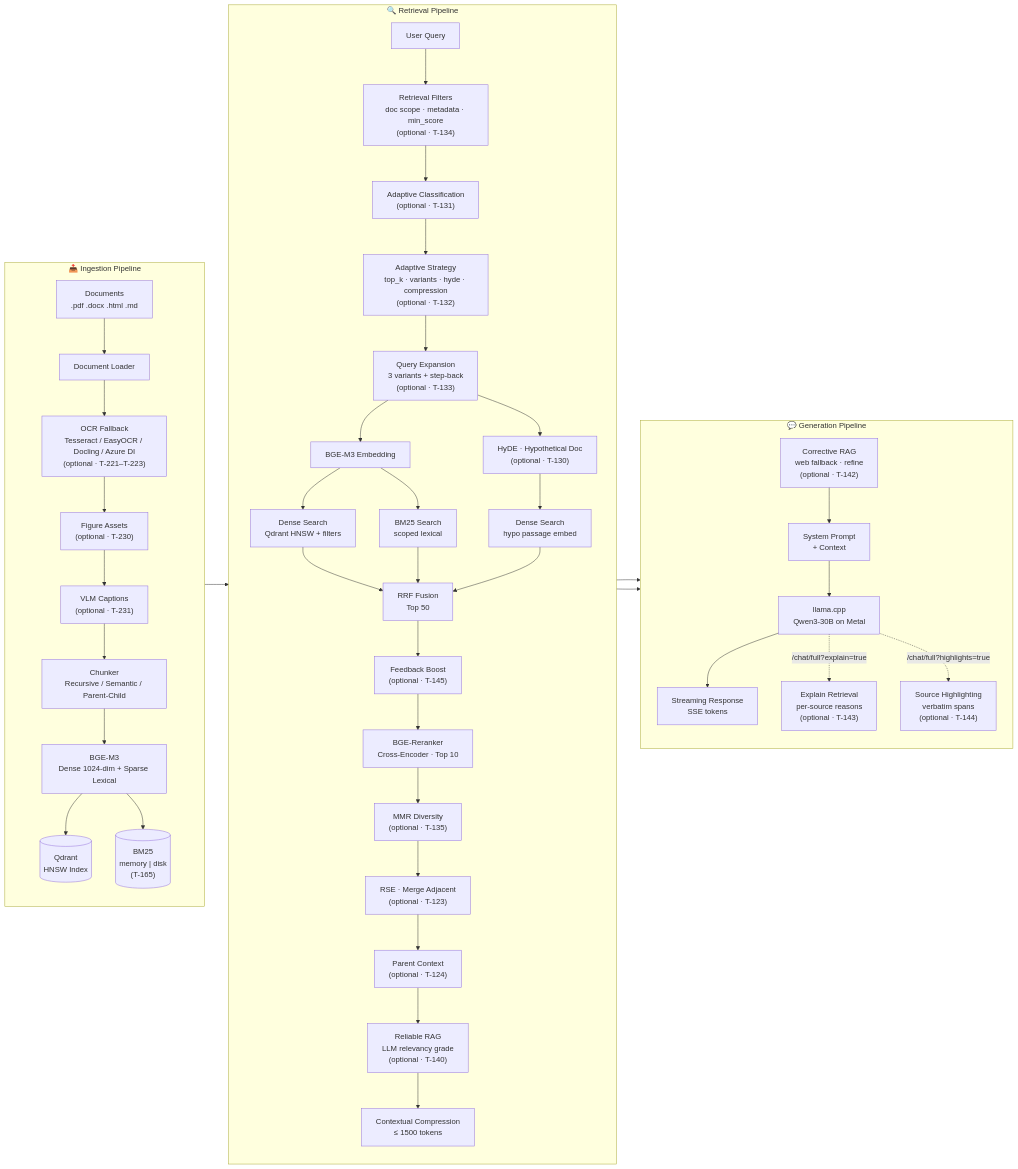
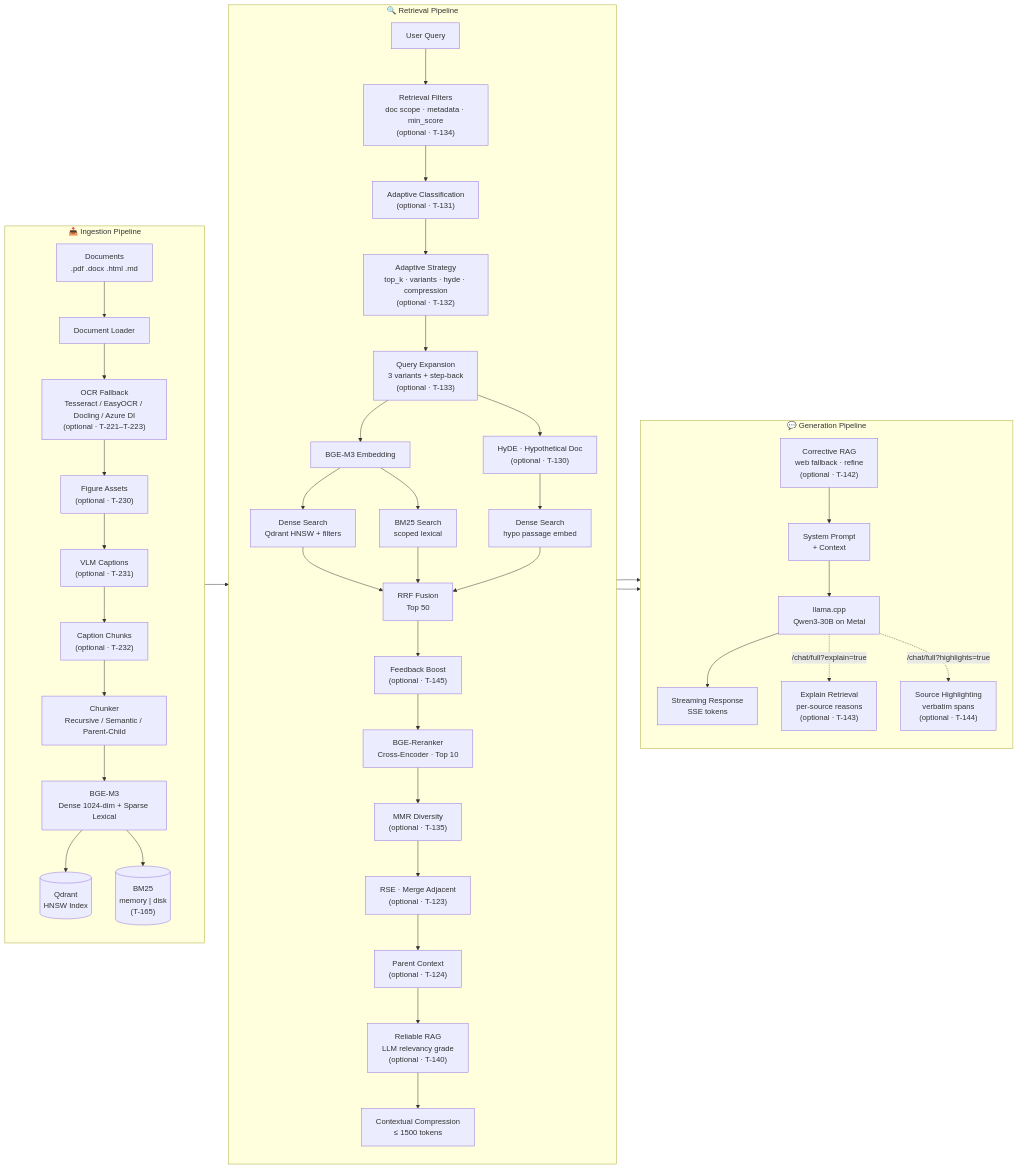
The first of 26 diagrams in README.md (ealbertoav/rag_platform), drawn with Mermaid before and after one commit. The commit also changed other lines of this file and 12 other files, not shown here.

````diff
--- a/README.md
+++ b/README.md
@@ -123,50 +126,51 @@
 ```mermaid
 flowchart LR
     subgraph INGEST["📥 Ingestion Pipeline"]
         direction TB
         D["Documents<br/>.pdf .docx .html .md"] --> L[Document Loader]
         L --> OCR["OCR Fallback<br/>Tesseract / EasyOCR / Docling / Azure DI<br/>(optional · T-221–T-223)"]
         OCR --> FIG["Figure Assets<br/>(optional · T-230)"]
         FIG --> CAP["VLM Captions<br/>(optional · T-231)"]
-        CAP --> C["Chunker<br/>Recursive / Semantic / Parent-Child"]
+        CAP --> CAPCHK["Caption Chunks<br/>(optional · T-232)"]
+        CAPCHK --> C["Chunker<br/>Recursive / Semantic / Parent-Child"]
         C --> E["BGE-M3<br/>Dense 1024-dim + Sparse Lexical"]
         E --> Q[("Qdrant<br/>HNSW Index")]
         E --> B[("BM25<br/>memory | disk<br/>(T-165)")]
     end
 
     subgraph RETRIEVE["🔍 Retrieval Pipeline"]
         direction TB
         QX["User Query"] --> FILT["Retrieval Filters<br/>doc scope · metadata · min_score<br/>(optional · T-134)"]
         FILT --> ADAPT["Adaptive Classification<br/>(optional · T-131)"]
         ADAPT --> STRAT["Adaptive Strategy<br/>top_k · variants · hyde · compression<br/>(optional · T-132)"]
         STRAT --> EXP["Query Expansion<br/>3 variants + step-back<br/>(optional · T-133)"]
         EXP --> EM[BGE-M3 Embedding]
         EXP --> HYDE["HyDE · Hypothetical Doc<br/>(optional · T-130)"]
         HYDE --> DS2["Dense Search<br/>hypo passage embed"]
         EM --> DS["Dense Search<br/>Qdrant HNSW + filters"]
         EM --> BS["BM25 Search<br/>scoped lexical"]
         DS --> RF["RRF Fusion<br/>Top 50"]
         DS2 --> RF
         BS --> RF
         RF --> FB["Feedback Boost<br/>(optional · T-145)"]
         FB --> RR["BGE-Reranker<br/>Cross-Encoder · Top 10"]
         RR --> DIV["MMR Diversity<br/>(optional · T-135)"]
         DIV --> RSE["RSE · Merge Adjacent<br/>(optional · T-123)"]
         RSE --> PC["Parent Context<br/>(optional · T-124)"]
         PC --> RRAG["Reliable RAG<br/>LLM relevancy grade<br/>(optional · T-140)"]
         RRAG --> CC["Contextual Compression<br/>≤ 1500 tokens"]
     end
 
     subgraph GENERATE["💬 Generation Pipeline"]
         direction TB
         CC --> CRAG["Corrective RAG<br/>web fallback · refine<br/>(optional · T-142)"]
         CRAG --> PR["System Prompt<br/>+ Context"]
         PR --> LLM["llama.cpp<br/>Qwen3-30B on Metal"]
         LLM --> SSE["Streaming Response<br/>SSE tokens"]
         LLM -.->|"/chat/full?explain=true"| XPL["Explain Retrieval<br/>per-source reasons<br/>(optional · T-143)"]
         LLM -.->|"/chat/full?highlights=true"| HL["Source Highlighting<br/>verbatim spans<br/>(optional · T-144)"]
     end
 
     INGEST --> RETRIEVE
     RETRIEVE --> GENERATE
 ```
````
